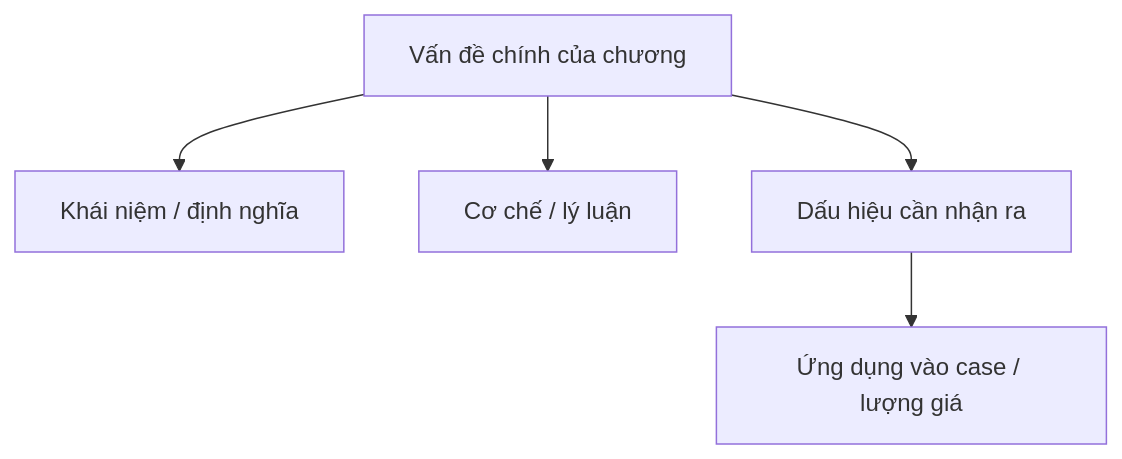
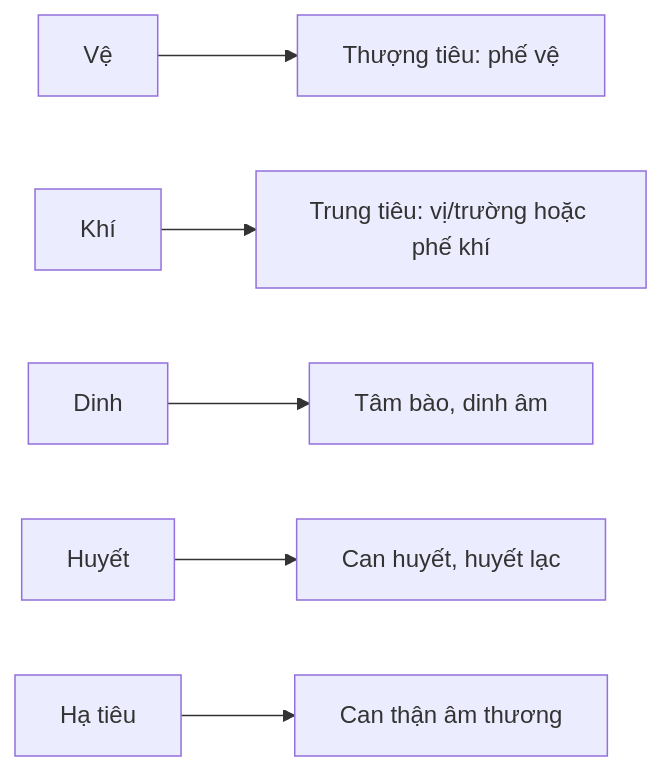
One commit to NobitaNguyenHung/medical-site changed the diagram in src/content/docs/books/on-benh-dai-cuong/tom-tat/07-2-3-moi-quan-he-giua-ve-khi-dinh-huyet-benh-chung-va-tam-tieu-benh-chung.mdx. Above: the diagram before and after it, drawn with Mermaid. The commit also changed other lines of this file and 46 other files, not shown here.

````diff
--- a/src/content/docs/books/on-benh-dai-cuong/tom-tat/07-2-3-moi-quan-he-giua-ve-khi-dinh-huyet-benh-chung-va-tam-tieu-benh-chung.mdx
+++ b/src/content/docs/books/on-benh-dai-cuong/tom-tat/07-2-3-moi-quan-he-giua-ve-khi-dinh-huyet-benh-chung-va-tam-tieu-benh-chung.mdx
@@ -39,7 +56,8 @@
 ```mermaid
-flowchart TD
-  A["Vấn đề chính của chương"] --> B["Khái niệm / định nghĩa"]
-  A --> C["Cơ chế / lý luận"]
-  A --> D["Dấu hiệu cần nhận ra"]
-  D --> E["Ứng dụng vào case / lượng giá"]
+flowchart LR
+  A["Vệ"] --> B["Thượng tiêu: phế vệ"]
+  C["Khí"] --> D["Trung tiêu: vị/trường hoặc phế khí"]
+  E["Dinh"] --> F["Tâm bào, dinh âm"]
+  G["Huyết"] --> H["Can huyết, huyết lạc"]
+  I["Hạ tiêu"] --> J["Can thận âm thương"]
 ```
````
